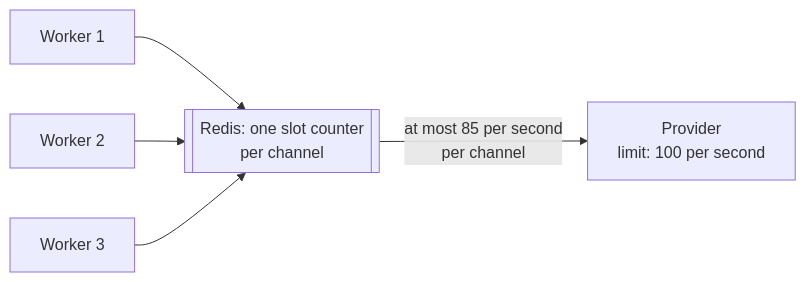
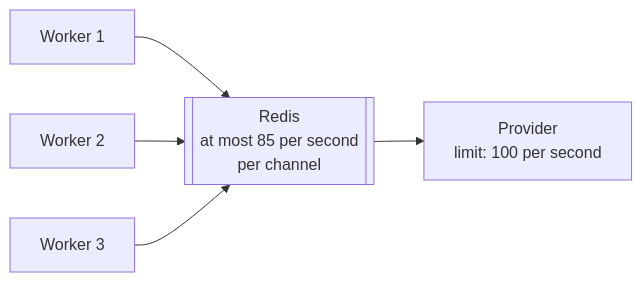
One commit to merteldem1r/Event-Driven-Notification-System changed the fourth of 6 diagrams in README.md. Above: the diagram before and after it, drawn with Mermaid. The commit also changed other lines of this file, not shown here.

````diff
--- a/README.md
+++ b/README.md
@@ -192,7 +181,7 @@
 ```mermaid
 flowchart LR
     w1[Worker 1] --> redis
     w2[Worker 2] --> redis
     w3[Worker 3] --> redis
-    redis[["Redis: one slot counter<br/>per channel"]] -->|at most 85 per second<br/>per channel| provider[Provider<br/>limit: 100 per second]
+    redis[["Redis<br/>at most 85 per second<br/>per channel"]] --> provider[Provider<br/>limit: 100 per second]
 ```
````
